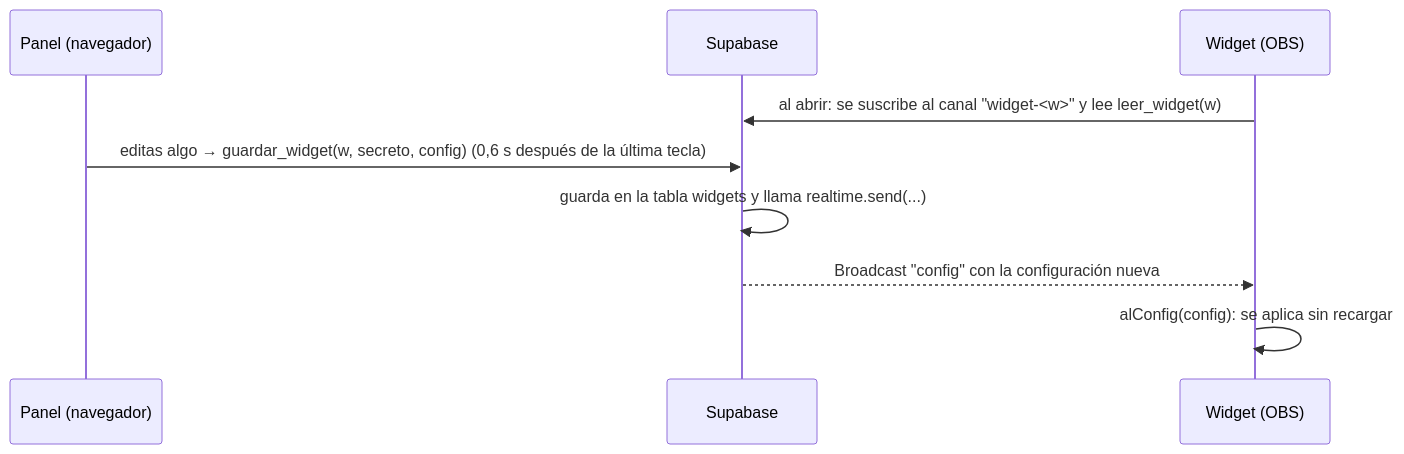
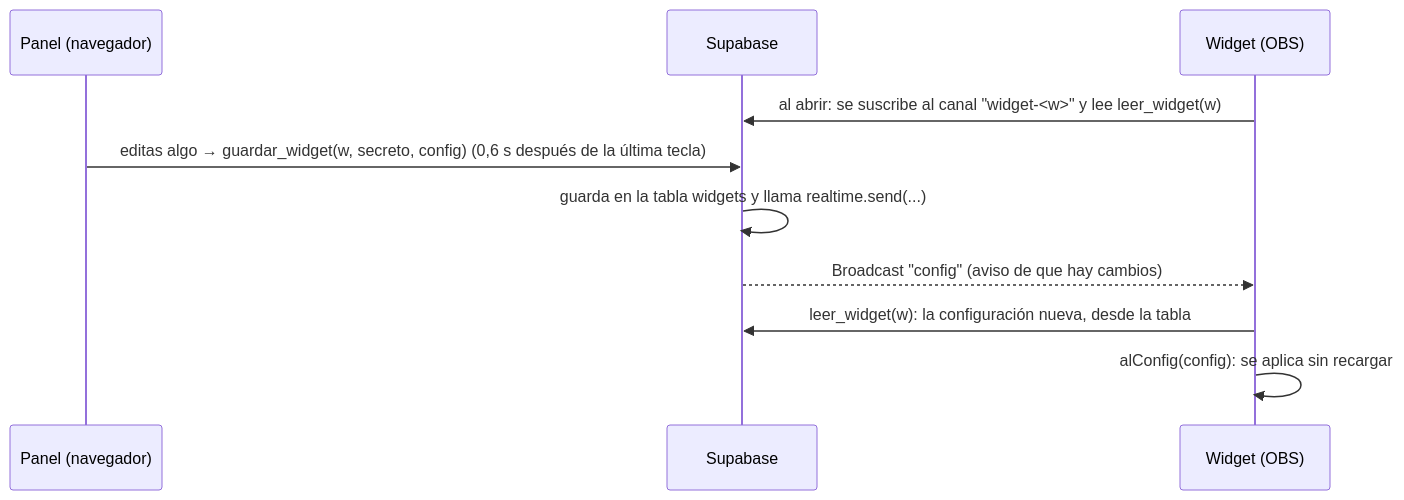
Before and after one commit to ardiladev/live-tools: the second of 2 diagrams in README.md, drawn with Mermaid. The commit also changed other lines of this file and 3 other files, not shown here.

````diff
--- a/README.md
+++ b/README.md
@@ -569,11 +569,12 @@
 ```mermaid
 sequenceDiagram
   participant P as Panel (navegador)
   participant S as Supabase
   participant W as Widget (OBS)
   W->>S: al abrir: se suscribe al canal "widget-<w>" y lee leer_widget(w)
   P->>S: editas algo → guardar_widget(w, secreto, config) (0,6 s después de la última tecla)
   S->>S: guarda en la tabla widgets y llama realtime.send(...)
-  S-->>W: Broadcast "config" con la configuración nueva
+  S-->>W: Broadcast "config" (aviso de que hay cambios)
+  W->>S: leer_widget(w): la configuración nueva, desde la tabla
   W->>W: alConfig(config): se aplica sin recargar
 ```
````
